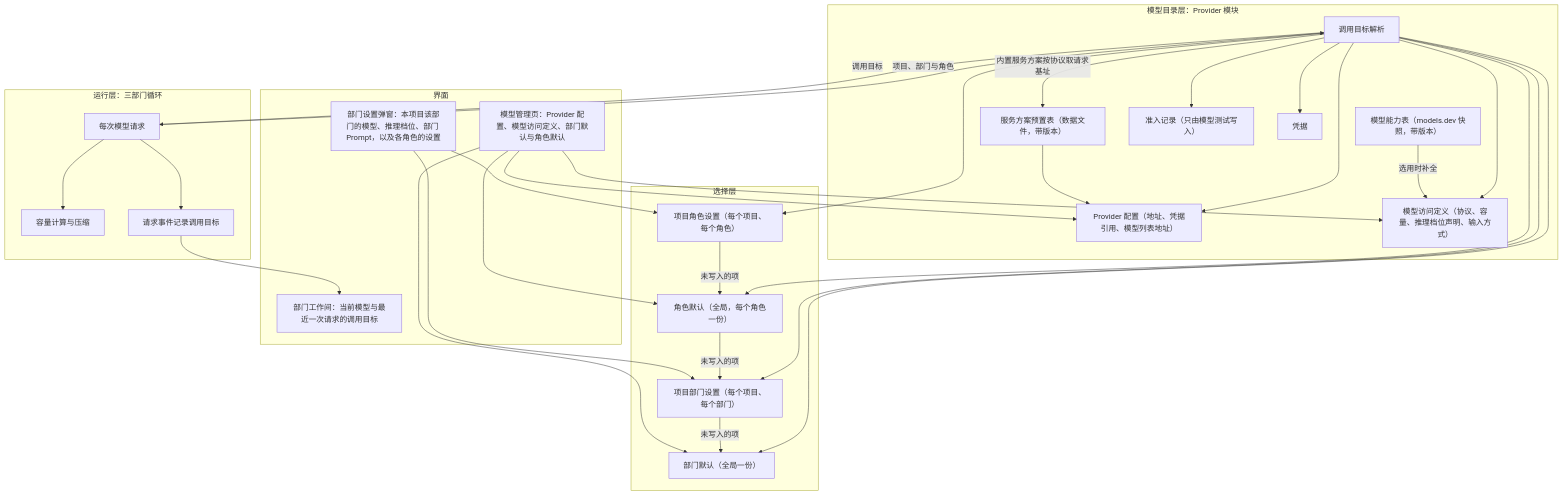
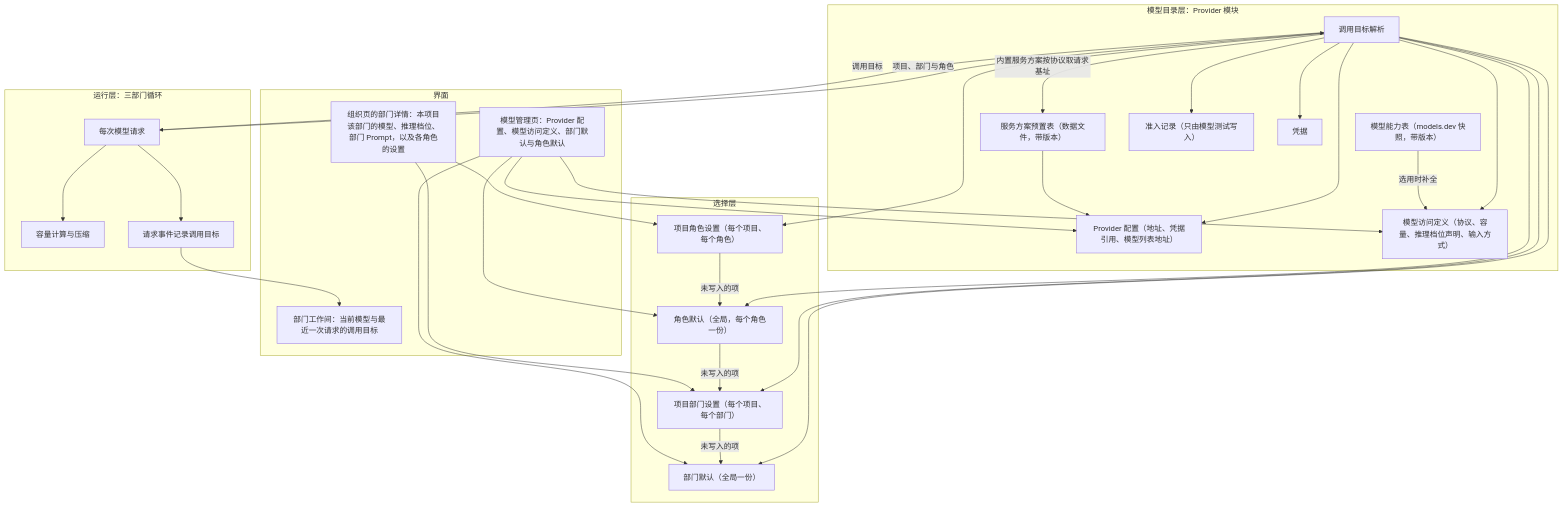
The first of 4 diagrams in docs/design/model-management.md (bender2333/yudao), drawn with Mermaid before and after one commit. The commit also changed other lines of this file and 17 other files, not shown here.

````diff
--- a/docs/design/model-management.md
+++ b/docs/design/model-management.md
@@ -31,53 +31,53 @@
 ```mermaid
 flowchart TB
   subgraph UI["界面"]
     MM["模型管理页：Provider 配置、模型访问定义、部门默认与角色默认"]
-    DS["部门设置弹窗：本项目该部门的模型、推理档位、部门 Prompt，以及各角色的设置"]
+    DS["组织页的部门详情：本项目该部门的模型、推理档位、部门 Prompt，以及各角色的设置"]
     Room["部门工作间：当前模型与最近一次请求的调用目标"]
   end
   subgraph Select["选择层"]
     Default["部门默认（全局一份）"]
     ProjectSet["项目部门设置（每个项目、每个部门）"]
     RoleDefault["角色默认（全局，每个角色一份）"]
     ProjectRole["项目角色设置（每个项目、每个角色）"]
   end
   subgraph Catalog["模型目录层：Provider 模块"]
     Presets["服务方案预置表（数据文件，带版本）"]
     Caps["模型能力表（models.dev 快照，带版本）"]
     Conn["Provider 配置（地址、凭据引用、模型列表地址）"]
     Def["模型访问定义（协议、容量、推理档位声明、输入方式）"]
     Adm["准入记录（只由模型测试写入）"]
     Cred["凭据"]
     Resolve["调用目标解析"]
   end
   subgraph Run["运行层：三部门循环"]
     Req["每次模型请求"]
     Cap["容量计算与压缩"]
     Audit["请求事件记录调用目标"]
   end
   MM --> Conn
   MM --> Def
   MM --> Default
   MM --> RoleDefault
   DS --> ProjectSet
   DS --> ProjectRole
   Presets --> Conn
   Caps -->|"选用时补全"| Def
   ProjectRole -->|"未写入的项"| RoleDefault
   RoleDefault -->|"未写入的项"| ProjectSet
   ProjectSet -->|"未写入的项"| Default
   Req -->|"项目、部门与角色"| Resolve
   Resolve --> ProjectRole
   Resolve --> RoleDefault
   Resolve --> ProjectSet
   Resolve --> Default
   Resolve --> Def
   Resolve --> Adm
   Resolve --> Cred
   Resolve --> Conn
   Resolve -->|"内置服务方案按协议取请求基址"| Presets
   Resolve -->|"调用目标"| Req
   Req --> Cap
   Req --> Audit
   Audit --> Room
 ```
````
